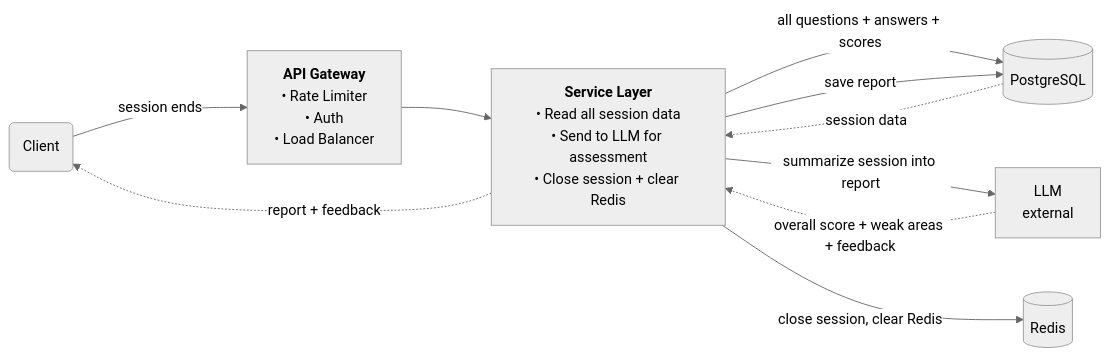
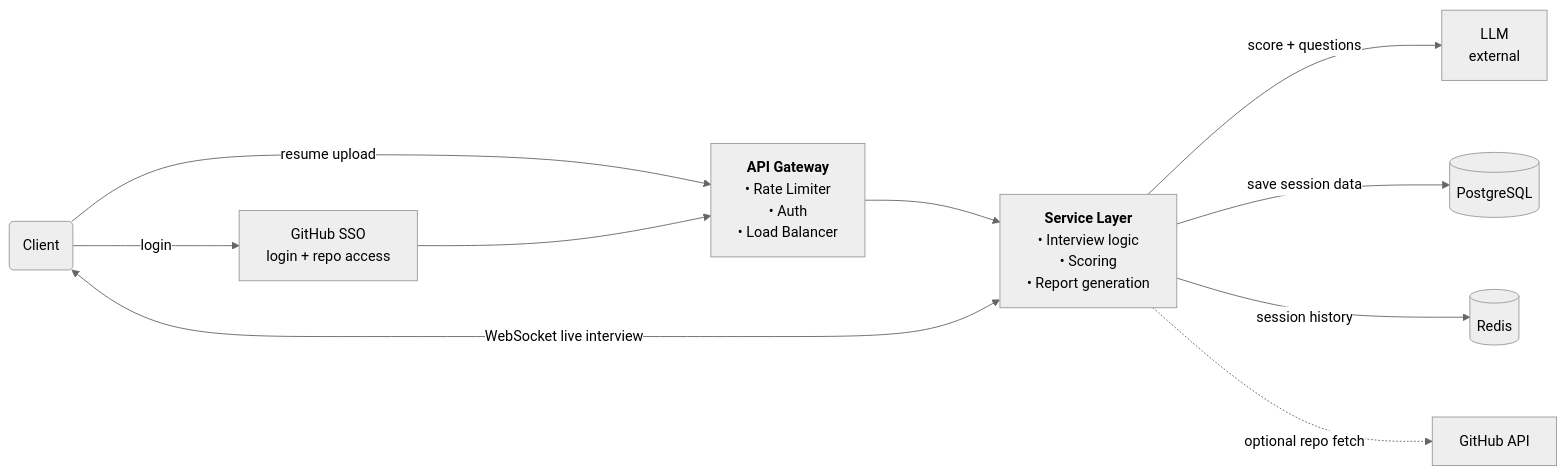
One commit to shivam-tamboli/GrillMyProject changed the first of 4 diagrams in SYSTEM_DESIGN.md. Above: the diagram before and after it, drawn with Mermaid (neutral theme). The commit also changed other lines of this file, not shown here.

Commit message:
restructure system design — simplify for mvp, one diagram, tech decisions with pros and cons

````diff
--- a/SYSTEM_DESIGN.md
+++ b/SYSTEM_DESIGN.md
@@ -476,20 +183,22 @@
 ```mermaid
-%%{init: {'flowchart': {'nodeSpacing': 60, 'rankSpacing': 100}}}%%
+%%{init: {'flowchart': {'nodeSpacing': 80, 'rankSpacing': 150}}}%%
 flowchart LR
     Client(Client)
+    SSO["GitHub SSO<br/>login + repo access"]
     GW["<b>API Gateway</b><br/>• Rate Limiter<br/>• Auth<br/>• Load Balancer"]
-    SVC["<b>Service Layer</b><br/>• Read all session data<br/>• Send to LLM for assessment<br/>• Close session + clear Redis"]
+    SVC["<b>Service Layer</b><br/>• Interview logic<br/>• Scoring<br/>• Report generation"]
     LLM["LLM<br/>external"]
+    PG[(PostgreSQL)]
     RD[(Redis)]
-    PG[(PostgreSQL)]
+    GHAPI["GitHub API"]
 
-    Client -->|session ends| GW
+    Client -->|login| SSO
+    Client -->|resume upload| GW
+    SSO --> GW
     GW --> SVC
-    SVC -->|all questions + answers + scores| PG
-    PG -.->|session data| SVC
-    SVC -->|summarize session into report| LLM
-    LLM -.->|overall score + weak areas + feedback| SVC
-    SVC -->|save report| PG
-    SVC -->|close session, clear Redis| RD
-    SVC -.->|report + feedback| Client
+    SVC <-->|WebSocket live interview| Client
+    SVC -->|score + questions| LLM
+    SVC -->|save session data| PG
+    SVC -->|session history| RD
+    SVC -.->|optional repo fetch| GHAPI
 ```
````
